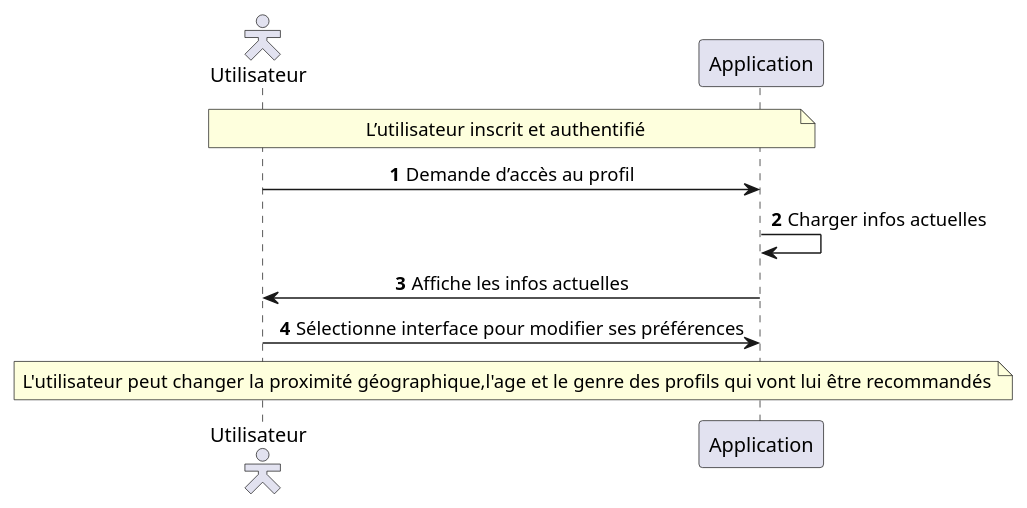
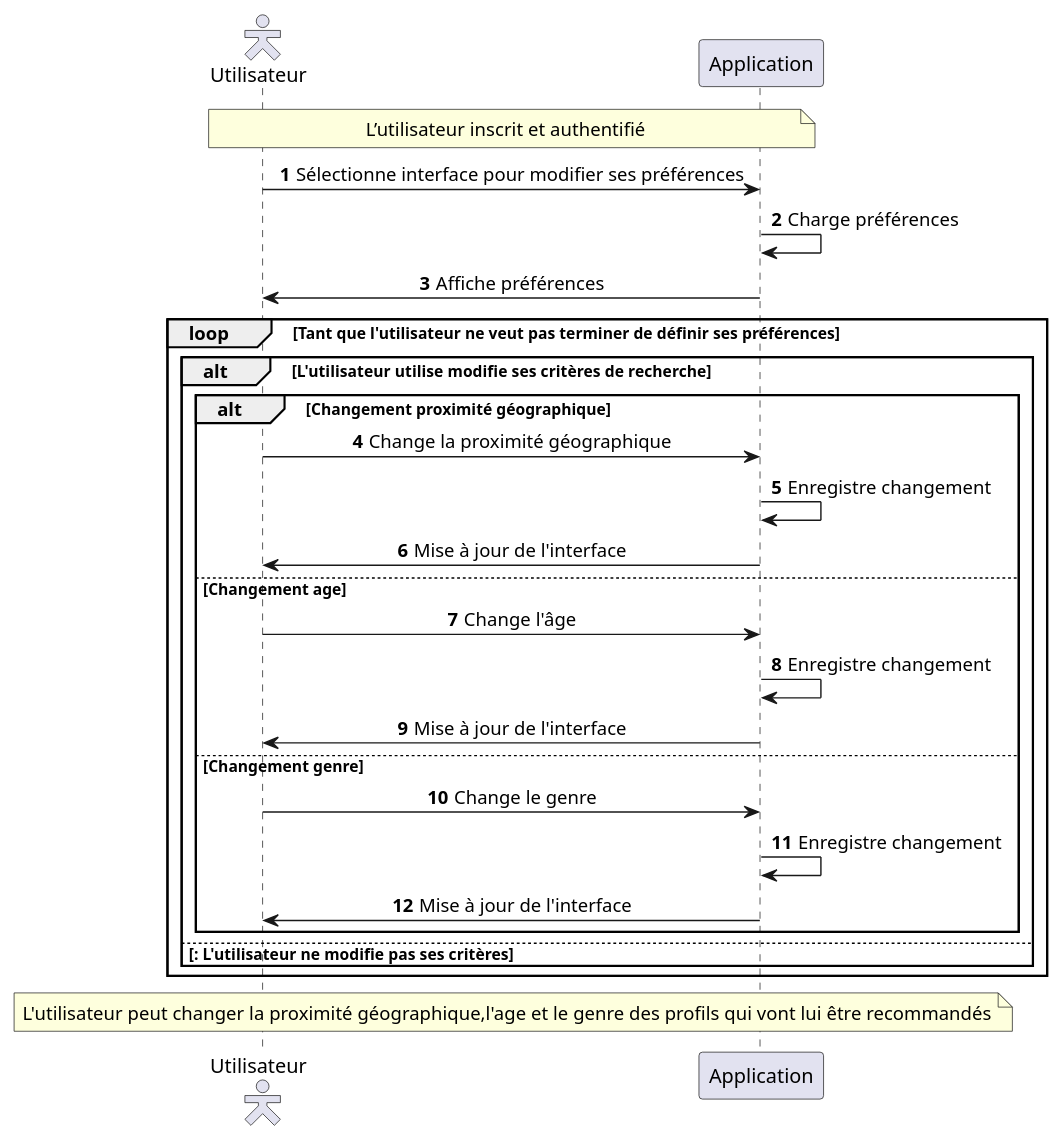
One commit to MinaroliCorentin/PSO changed the diagram in src/Description_des_scenarios_Config_Utilisateur_définir_preferences.puml. Above: the diagram before and after it, drawn with PlantUML. The commit also changed 15 other files, not shown here.

```diff
--- a/src/Description_des_scenarios_Config_Utilisateur_définir_preferences.puml
+++ b/src/Description_des_scenarios_Config_Utilisateur_définir_preferences.puml
@@ -1,22 +1,43 @@
 @startuml
 autonumber
 skinparam sequenceMessageAlign center
 skinparam actorStyle hollow
 
 actor "Utilisateur" as user
 participant "Application" as app
 
 note over user, app
 L’utilisateur inscrit et authentifié
 end note
 
-user -> app : Demande d’accès au profil
-app -> app : Charger infos actuelles
-app -> user : Affiche les infos actuelles
 user -> app : Sélectionne interface pour modifier ses préférences
+app -> app : Charge préférences
+app -> user : Affiche préférences
+
+loop Tant que l'utilisateur ne veut pas terminer de définir ses préférences
+alt L'utilisateur utilise modifie ses critères de recherche
+
+alt Changement proximité géographique
+user -> app : Change la proximité géographique
+app -> app : Enregistre changement
+app -> user : Mise à jour de l'interface
+else Changement age
+user -> app : Change l'âge
+app -> app : Enregistre changement
+app -> user : Mise à jour de l'interface
+else Changement genre
+user -> app : Change le genre
+app -> app : Enregistre changement
+app -> user : Mise à jour de l'interface
+end
+
+else : L'utilisateur ne modifie pas ses critères
+
+end
+end
 
 note over user, app
 L'utilisateur peut changer la proximité géographique,l'age et le genre des profils qui vont lui être recommandés
 end note
 
 @enduml
```
